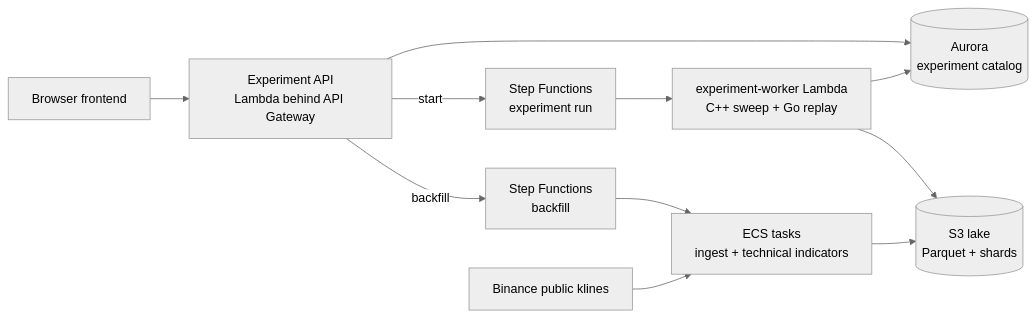
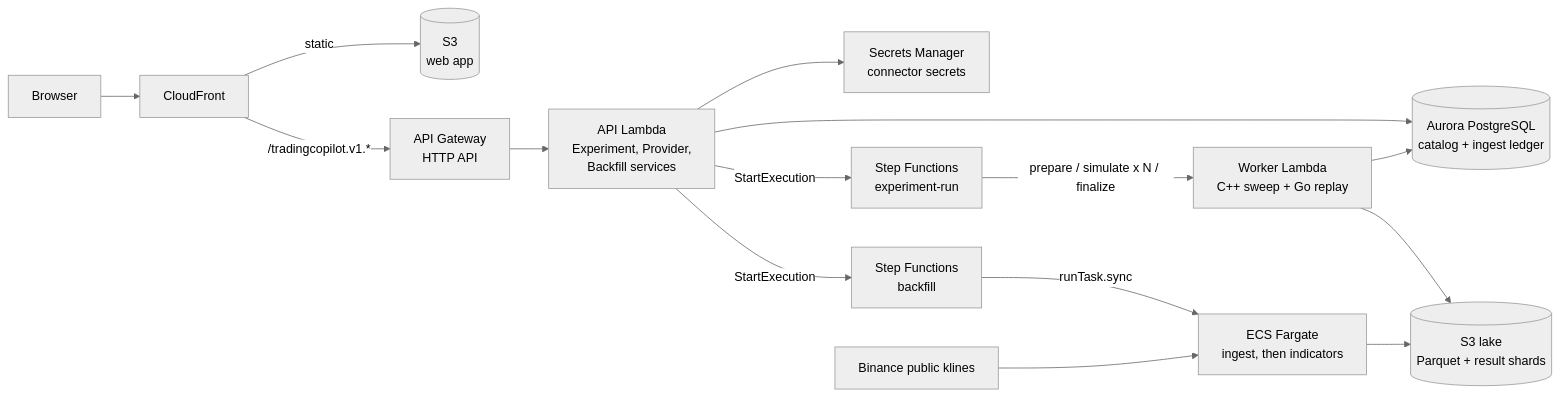
One commit to MaxBernstetter/dagobert changed the diagram in README.md. Above: the diagram before and after it, drawn with Mermaid (neutral theme). The commit also changed other lines of this file, not shown here.

Commit message:
Rewrite README around the architecture and the Floci-based local run

````diff
--- a/README.md
+++ b/README.md
@@ -33,12 +18,17 @@
 ```mermaid
 flowchart LR
-  UI[Browser frontend] --> API[Experiment API<br/>Lambda behind API Gateway]
-  API --> PG[(Aurora<br/>experiment catalog)]
-  API -- start --> SFN[Step Functions<br/>experiment run]
-  SFN --> W[experiment-worker Lambda<br/>C++ sweep + Go replay]
+  U[Browser] --> CF[CloudFront]
+  CF -- static --> S3W[(S3<br/>web app)]
+  CF -- /tradingcopilot.v1.* --> APIGW[API Gateway<br/>HTTP API]
+  APIGW --> API[API Lambda<br/>Experiment, Provider,<br/>Backfill services]
+  API --> PG[(Aurora PostgreSQL<br/>catalog + ingest ledger)]
+  API --> SM[Secrets Manager<br/>connector secrets]
+  API -- StartExecution --> SFN[Step Functions<br/>experiment-run]
+  SFN -- prepare / simulate x N / finalize --> W[Worker Lambda<br/>C++ sweep + Go replay]
   W --> PG
-  W --> LAKE[(S3 lake<br/>Parquet + shards)]
-  API -- backfill --> BSFN[Step Functions<br/>backfill] --> ING[ECS tasks<br/>ingest + technical indicators]
-  ING --> LAKE
-  BIN[Binance public klines] --> ING
+  W --> LAKE[(S3 lake<br/>Parquet + result shards)]
+  API -- StartExecution --> BSFN[Step Functions<br/>backfill]
+  BSFN -- runTask.sync --> ECS[ECS Fargate<br/>ingest, then indicators]
+  ECS --> LAKE
+  BIN[Binance public klines] --> ECS
 ```
````
